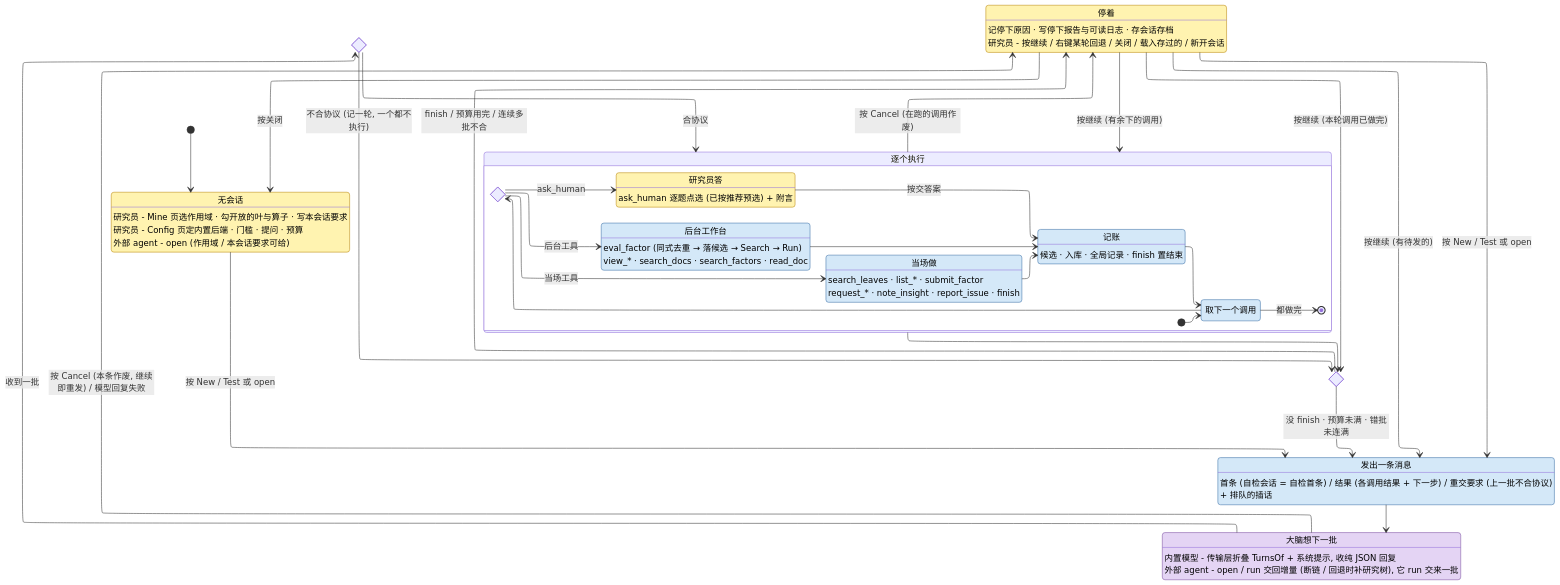
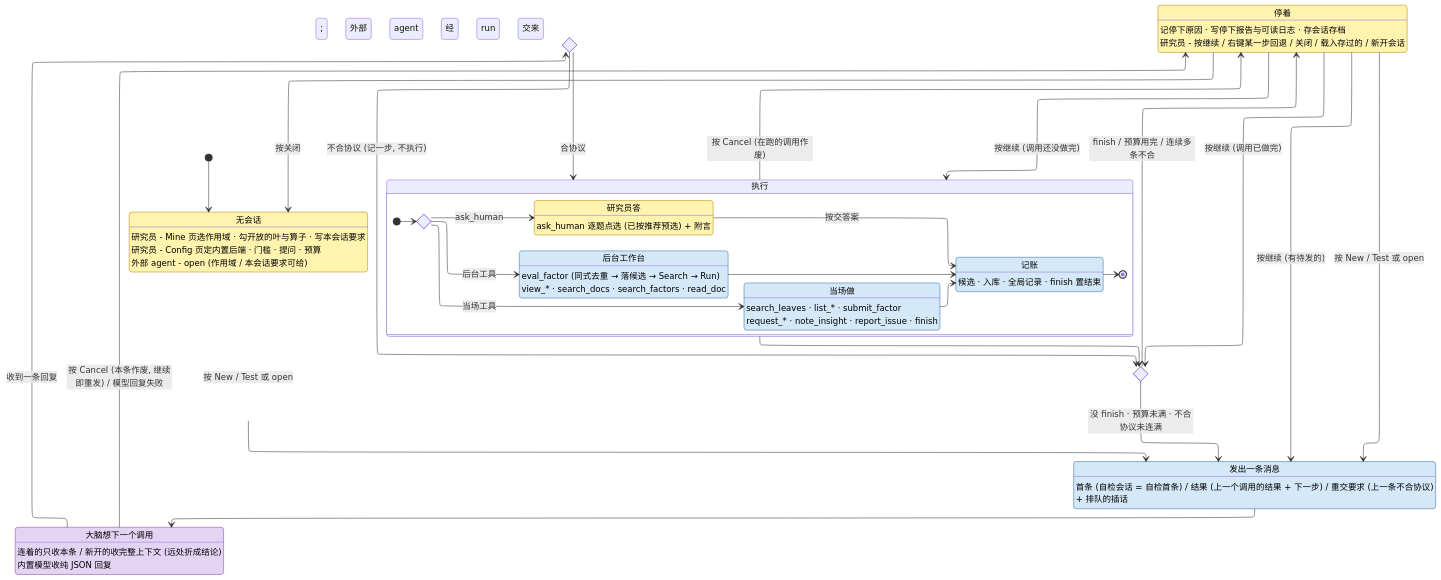
The diagram in AGENT.md (CoCoMilkyWay/stk), drawn with Mermaid before and after one commit. The commit also changed other lines of this file and 11 other files, not shown here.

````diff
--- a/AGENT.md
+++ b/AGENT.md
@@ -80,80 +82,76 @@
 ```mermaid
 ---
 config:
   layout: elk
 ---
 stateDiagram-v2
     direction TB
 
     state "无会话" as None
     None : 研究员 - Mine 页选作用域 · 勾开放的叶与算子 · 写本会话要求
     None : 研究员 - Config 页定内置后端 · 门槛 · 提问 · 预算
     None : 外部 agent - open (作用域 / 本会话要求可给)
 
     state "发出一条消息" as Post
-    Post : 首条 (自检会话 = 自检首条) / 结果 (各调用结果 + 下一步) / 重交要求 (上一批不合协议)
+    Post : 首条 (自检会话 = 自检首条) / 结果 (上一个调用的结果 + 下一步) / 重交要求 (上一条不合协议)
     Post : + 排队的插话
 
-    state "大脑想下一批" as Think
-    Think : 内置模型 - 传输层折叠 TurnsOf + 系统提示, 收纯 JSON 回复
-    Think : 外部 agent - open / run 交回增量 (断链 / 回退时补研究树), 它 run 交来一批
+    state "大脑想下一个调用" as Think
+    Think : 连着的只收本条 / 新开的收完整上下文 (远处折成结论)
+    Think : 内置模型收纯 JSON 回复; 外部 agent 经 run 交来
 
     state Format <<choice>>
 
-    state "逐个执行" as Act {
+    state "执行" as Act {
         direction LR
-        state "取下一个调用" as Next
         state Kind <<choice>>
         state "当场做" as Sync
         Sync : search_leaves · list_* · submit_factor
         Sync : request_* · note_insight · report_issue · finish
         state "后台工作台" as Lab
         Lab : eval_factor (同式去重 → 落候选 → Search → Run)
         Lab : view_* · search_docs · search_factors · read_doc
         state "研究员答" as Choose
         Choose : ask_human 逐题点选 (已按推荐预选) + 附言
+        state "记账" as Book
+        Book : 候选 · 入库 · 全局记录 · finish 置结束
 
-        [*] --> Next
-        Next --> Kind
+        [*] --> Kind
         Kind --> Sync : 当场工具
         Kind --> Lab : 后台工具
         Kind --> Choose : ask_human
-        state "记账" as Book
-        Book : 候选 · 入库 · 全局记录 · finish 置结束
-
         Sync --> Book
         Lab --> Book
         Choose --> Book : 按交答案
-        Book --> Next
-        Next --> [*] : 都做完
+        Book --> [*]
     }
     state Fin <<choice>>
 
     state "停着" as Pause
     Pause : 记停下原因 · 写停下报告与可读日志 · 存会话存档
-    Pause : 研究员 - 按继续 / 右键某轮回退 / 关闭 / 载入存过的 / 新开会话
+    Pause : 研究员 - 按继续 / 右键某一步回退 / 关闭 / 载入存过的 / 新开会话
 
     [*] --> None
     None --> Post : 按 New / Test 或 open
     Post --> Think
-    Think --> Format : 收到一批
-    Format --> Fin : 不合协议 (记一轮, 一个都不执行)
+    Think --> Format : 收到一条回复
+    Format --> Fin : 不合协议 (记一步, 不执行)
     Format --> Act : 合协议
     Act --> Fin
-    Fin --> Post : 没 finish · 预算未满 · 错批未连满
-    Fin --> Pause : finish / 预算用完 / 连续多批不合
+    Fin --> Post : 没 finish · 预算未满 · 不合协议未连满
+    Fin --> Pause : finish / 预算用完 / 连续多条不合
     Think --> Pause : 按 Cancel (本条作废, 继续即重发) / 模型回复失败
     Act --> Pause : 按 Cancel (在跑的调用作废)
     Pause --> Post : 按继续 (有待发的)
-    Pause --> Act : 按继续 (有余下的调用)
-    Pause --> Fin : 按继续 (本轮调用已做完)
+    Pause --> Act : 按继续 (调用还没做完)
+    Pause --> Fin : 按继续 (调用已做完)
     Pause --> Post : 按 New / Test 或 open
     Pause --> None : 按关闭
 
     classDef human fill:#fff3b0,stroke:#b8860b,color:#000
     classDef brain fill:#e4d4f4,stroke:#7b4fa0,color:#000
     classDef sys fill:#d4e8f8,stroke:#3a6ea5,color:#000
     class None, Choose, Pause human
     class Think brain
-    class Post, Next, Sync, Lab, Book sys
+    class Post, Sync, Lab, Book sys
 ```
````
